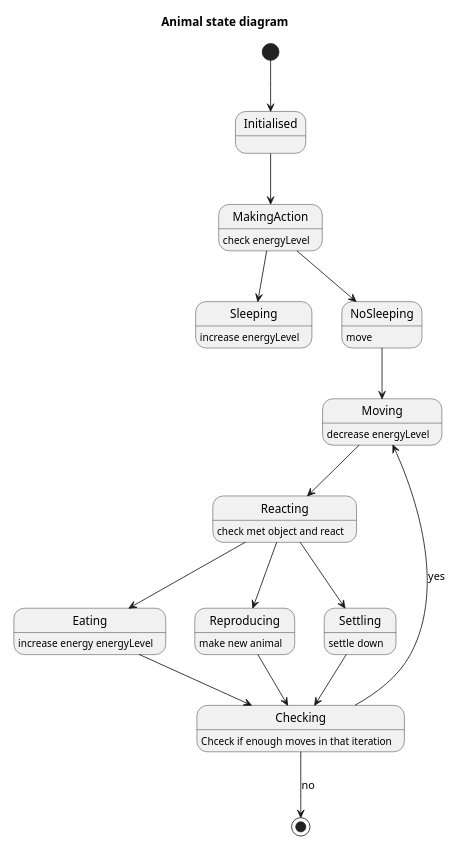
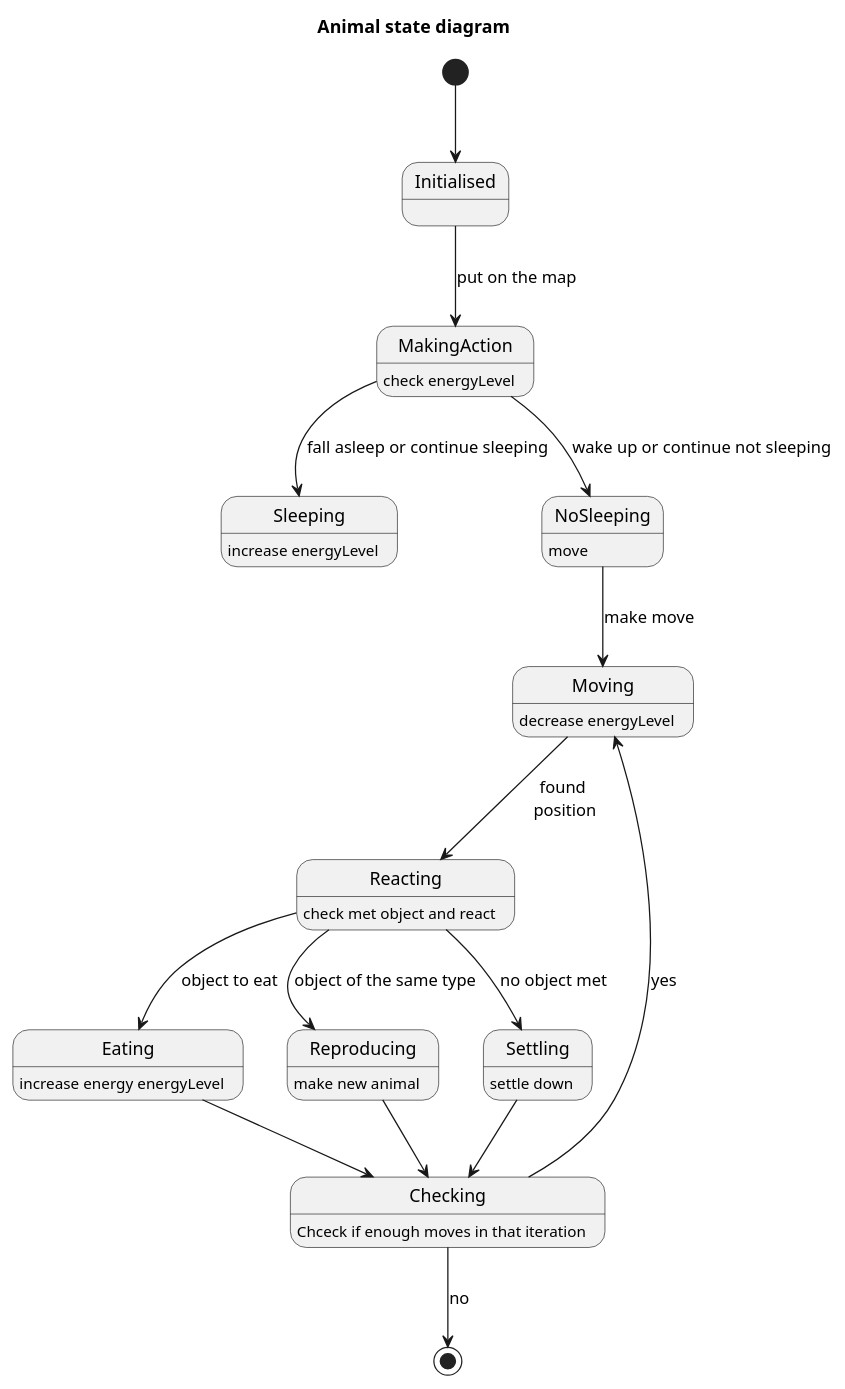
The diagram in doc/diagrams/puml/stateDiagram.puml (Karolina606/Safari), drawn with PlantUML before and after one commit. The commit also changed 6 other files, not shown here.

Commit message:
modify sequence diagrams and README.md

```diff
--- a/doc/diagrams/puml/stateDiagram.puml
+++ b/doc/diagrams/puml/stateDiagram.puml
@@ -1,31 +1,30 @@
 @startuml
 title Animal state diagram
-scale 350 width
 [*] --> Initialised
 MakingAction: check energyLevel
 Sleeping: increase energyLevel
 NoSleeping: move
 Moving: decrease energyLevel
 Reacting: check met object and react
 Eating: increase energy energyLevel
 Reproducing: make new animal
 Settling: settle down
 Checking: Chceck if enough moves in that iteration
 
-Initialised --> MakingAction
-MakingAction --> Sleeping
-MakingAction --> NoSleeping
-NoSleeping --> Moving
-Moving --> Reacting
-Reacting --> Settling
-Reacting --> Eating
-Reacting --> Reproducing
+Initialised --> MakingAction: put on the map
+MakingAction --> Sleeping: fall asleep or continue sleeping
+MakingAction --> NoSleeping: wake up or continue not sleeping
+NoSleeping --> Moving: make move
+Moving --> Reacting: found\n position
+Reacting --> Settling: no object met
+Reacting --> Eating: object to eat
+Reacting --> Reproducing: object of the same type
 
 Settling --> Checking
 Eating --> Checking
 Reproducing --> Checking
 
 Checking --> Moving: yes
 Checking --> [*]: no
 
 @enduml
```
